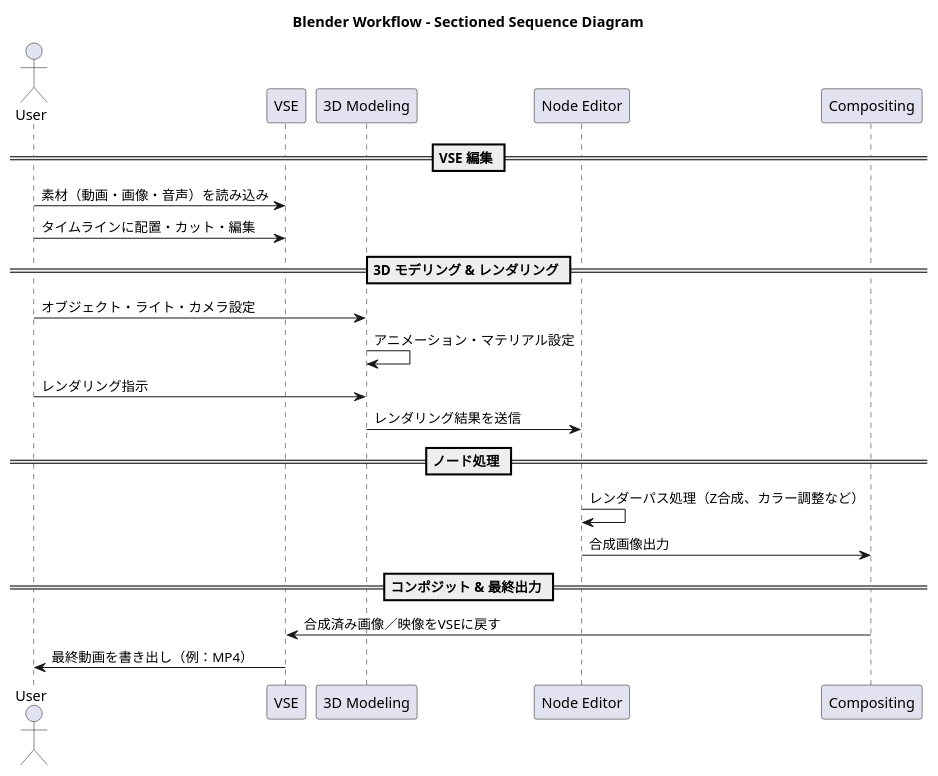
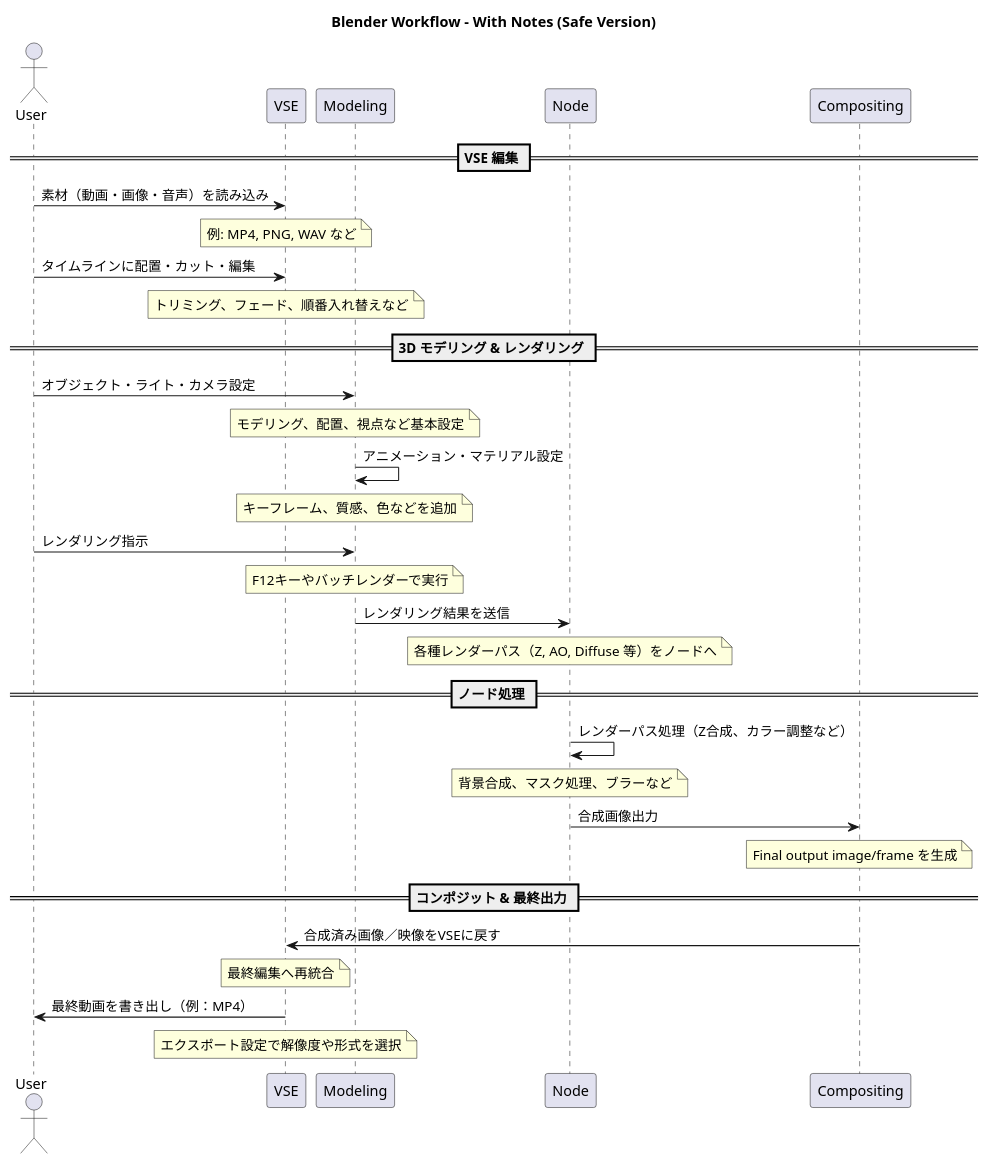
One commit to coacoa/images changed the diagram in it_blender_kinou_kanrenzu1.pu. Above: the diagram before and after it, drawn with PlantUML. The commit also changed 1 other file, not shown here.

```diff
--- a/it_blender_kinou_kanrenzu1.pu
+++ b/it_blender_kinou_kanrenzu1.pu
@@ -1,33 +1,68 @@
 @startuml
-title Blender Workflow - Sectioned Sequence Diagram
+title Blender Workflow - With Notes (Safe Version)
 
 actor User
-
-participant "VSE" as VSE
-participant "3D Modeling" as Modeling
-participant "Node Editor" as Node
-participant "Compositing" as Compositing
+participant VSE
+participant Modeling
+participant Node
+participant Compositing
 
 == VSE 編集 ==
 
 User -> VSE : 素材（動画・画像・音声）を読み込み
+note over VSE
+例: MP4, PNG, WAV など
+end note
+
 User -> VSE : タイムラインに配置・カット・編集
+note over VSE
+トリミング、フェード、順番入れ替えなど
+end note
 
 == 3D モデリング & レンダリング ==
 
 User -> Modeling : オブジェクト・ライト・カメラ設定
+note over Modeling
+モデリング、配置、視点など基本設定
+end note
+
 Modeling -> Modeling : アニメーション・マテリアル設定
+note over Modeling
+キーフレーム、質感、色などを追加
+end note
+
 User -> Modeling : レンダリング指示
+note over Modeling
+F12キーやバッチレンダーで実行
+end note
+
 Modeling -> Node : レンダリング結果を送信
+note over Node
+各種レンダーパス（Z, AO, Diffuse 等）をノードへ
+end note
 
 == ノード処理 ==
 
 Node -> Node : レンダーパス処理（Z合成、カラー調整など）
+note over Node
+背景合成、マスク処理、ブラーなど
+end note
+
 Node -> Compositing : 合成画像出力
+note over Compositing
+Final output image/frame を生成
+end note
 
 == コンポジット & 最終出力 ==
 
 Compositing -> VSE : 合成済み画像／映像をVSEに戻す
+note over VSE
+最終編集へ再統合
+end note
+
 VSE -> User : 最終動画を書き出し（例：MP4）
+note over VSE
+エクスポート設定で解像度や形式を選択
+end note
 
 @enduml
```
